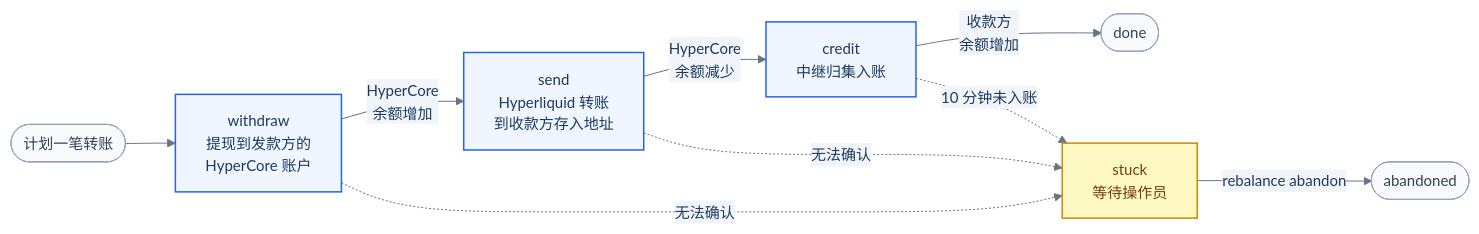
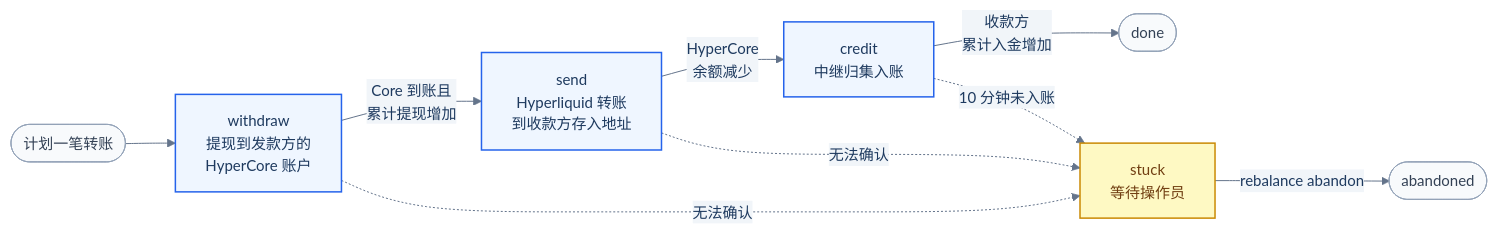
One commit to AnalyThothAI/papertrade-rust changed the fourth of 4 diagrams in README.md. Above: the diagram before and after it, drawn with Mermaid. The commit also changed other lines of this file and 20 other files, not shown here.

````diff
--- a/README.md
+++ b/README.md
@@ -463,30 +467,30 @@
 ```mermaid
 ---
 config:
   theme: base
   themeVariables:
     fontSize: 15px
     primaryColor: "#eff6ff"
     primaryTextColor: "#1e3a5f"
     primaryBorderColor: "#2563eb"
     lineColor: "#64748b"
     edgeLabelBackground: "#f1f5f9"
 ---
 flowchart LR
     accTitle: 一笔转账的状态机
-    accDescr: 转账依次经过 withdraw、send、credit 到 done；任何一步无法凭余额确认就进入 stuck，由操作员用 rebalance abandon 结束。
+    accDescr: 转账绑定实际钱包，依次经过 withdraw、send、credit 到 done；提现同时核对 HyperCore 到账与累计提现，发送核对 HyperCore 余额，入账核对累计入金；无法确认时由操作员处理。
     PLAN(["计划一笔转账"]) --> W["withdraw<br/>提现到发款方的<br/>HyperCore 账户"]
-    W -- "HyperCore<br/>余额增加" --> S["send<br/>Hyperliquid 转账<br/>到收款方存入地址"]
+    W -- "Core 到账且<br/>累计提现增加" --> S["send<br/>Hyperliquid 转账<br/>到收款方存入地址"]
     S -- "HyperCore<br/>余额减少" --> C["credit<br/>中继归集入账"]
-    C -- "收款方<br/>余额增加" --> D(["done"])
+    C -- "收款方<br/>累计入金增加" --> D(["done"])
     W -. "无法确认" .-> X["stuck<br/>等待操作员"]
     S -. "无法确认" .-> X
     C -. "10 分钟未入账" .-> X
     X -- "rebalance abandon" --> A(["abandoned"])
     class W,S,C step
     class X alert
     class PLAN,D,A done
     classDef step fill:#eff6ff,stroke:#2563eb,color:#1e3a5f,stroke-width:1.5px
     classDef alert fill:#fef9c3,stroke:#ca8a04,color:#713f12,stroke-width:1.5px
     classDef done fill:#f8fafc,stroke:#94a3b8,color:#334155
 ```
````
